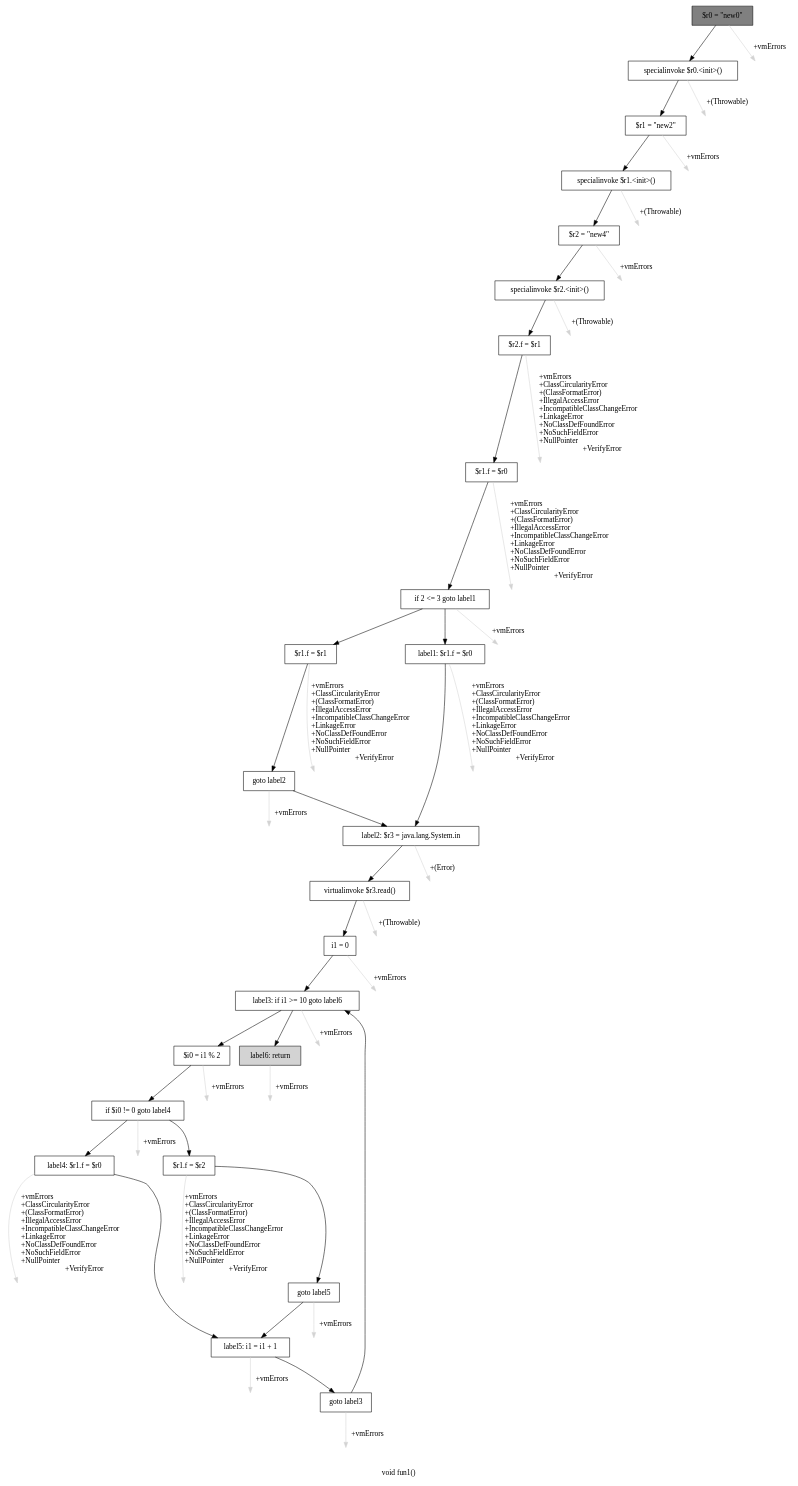
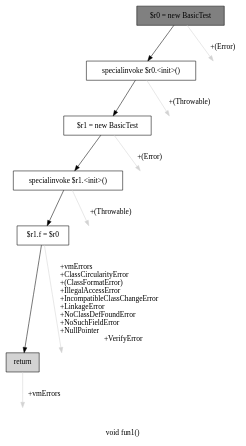
Before and after one commit to gourishankerJK/DeReference-Pointer-Analysis: the diagram in cfg.dot, drawn with Graphviz. The commit also changed 4 other files, not shown here.

```diff
--- a/cfg.dot
+++ b/cfg.dot
@@ -1,102 +1,27 @@
 digraph "void fun1()" {
     label="void fun1()";
     node [shape=box];
-    "0" [style=filled,fillcolor=gray,label="$r0 = \"new0\"",];
+    "0" [style=filled,fillcolor=gray,label="$r0 = new BasicTest",];
     "1" [label="specialinvoke $r0.<init>()",];
     "0"->"1" [color=black,];
-    "24" [style=invis,label="Esc",];
-    "0"->"24" [color=lightgray,label="\l+vmErrors",];
-    "2" [label="$r1 = \"new2\"",];
+    "6" [style=invis,label="Esc",];
+    "0"->"6" [color=lightgray,label="\l+(Error)",];
+    "2" [label="$r1 = new BasicTest",];
     "1"->"2" [color=black,];
-    "25" [style=invis,label="Esc",];
-    "1"->"25" [color=lightgray,label="\l+(Throwable)",];
+    "7" [style=invis,label="Esc",];
+    "1"->"7" [color=lightgray,label="\l+(Throwable)",];
     "3" [label="specialinvoke $r1.<init>()",];
     "2"->"3" [color=black,];
-    "26" [style=invis,label="Esc",];
-    "2"->"26" [color=lightgray,label="\l+vmErrors",];
-    "4" [label="$r2 = \"new4\"",];
+    "8" [style=invis,label="Esc",];
+    "2"->"8" [color=lightgray,label="\l+(Error)",];
+    "4" [label="$r1.f = $r0",];
     "3"->"4" [color=black,];
-    "27" [style=invis,label="Esc",];
-    "3"->"27" [color=lightgray,label="\l+(Throwable)",];
-    "5" [label="specialinvoke $r2.<init>()",];
+    "9" [style=invis,label="Esc",];
+    "3"->"9" [color=lightgray,label="\l+(Throwable)",];
+    "5" [style=filled,fillcolor=lightgray,label="return",];
     "4"->"5" [color=black,];
-    "28" [style=invis,label="Esc",];
-    "4"->"28" [color=lightgray,label="\l+vmErrors",];
-    "6" [label="$r2.f = $r1",];
-    "5"->"6" [color=black,];
-    "29" [style=invis,label="Esc",];
-    "5"->"29" [color=lightgray,label="\l+(Throwable)",];
-    "7" [label="$r1.f = $r0",];
-    "6"->"7" [color=black,];
-    "30" [style=invis,label="Esc",];
-    "6"->"30" [color=lightgray,label="\l+vmErrors\l+ClassCircularityError\l+(ClassFormatError)\l+IllegalAccessError\l+IncompatibleClassChangeError\l+LinkageError\l+NoClassDefFoundError\l+NoSuchFieldError\l+NullPointer\l+VerifyError",];
-    "8" [label="if 2 <= 3 goto label1",];
-    "7"->"8" [color=black,];
-    "31" [style=invis,label="Esc",];
-    "7"->"31" [color=lightgray,label="\l+vmErrors\l+ClassCircularityError\l+(ClassFormatError)\l+IllegalAccessError\l+IncompatibleClassChangeError\l+LinkageError\l+NoClassDefFoundError\l+NoSuchFieldError\l+NullPointer\l+VerifyError",];
-    "9" [label="$r1.f = $r1",];
-    "8"->"9" [color=black,];
-    "11" [label="label1: $r1.f = $r0",];
-    "8"->"11" [color=black,];
-    "32" [style=invis,label="Esc",];
-    "8"->"32" [color=lightgray,label="\l+vmErrors",];
-    "10" [label="goto label2",];
-    "9"->"10" [color=black,];
-    "33" [style=invis,label="Esc",];
-    "9"->"33" [color=lightgray,label="\l+vmErrors\l+ClassCircularityError\l+(ClassFormatError)\l+IllegalAccessError\l+IncompatibleClassChangeError\l+LinkageError\l+NoClassDefFoundError\l+NoSuchFieldError\l+NullPointer\l+VerifyError",];
-    "12" [label="label2: $r3 = java.lang.System.in",];
-    "10"->"12" [color=black,];
-    "34" [style=invis,label="Esc",];
-    "10"->"34" [color=lightgray,label="\l+vmErrors",];
-    "11"->"12" [color=black,];
-    "35" [style=invis,label="Esc",];
-    "11"->"35" [color=lightgray,label="\l+vmErrors\l+ClassCircularityError\l+(ClassFormatError)\l+IllegalAccessError\l+IncompatibleClassChangeError\l+LinkageError\l+NoClassDefFoundError\l+NoSuchFieldError\l+NullPointer\l+VerifyError",];
-    "13" [label="virtualinvoke $r3.read()",];
-    "12"->"13" [color=black,];
-    "36" [style=invis,label="Esc",];
-    "12"->"36" [color=lightgray,label="\l+(Error)",];
-    "14" [label="i1 = 0",];
-    "13"->"14" [color=black,];
-    "37" [style=invis,label="Esc",];
-    "13"->"37" [color=lightgray,label="\l+(Throwable)",];
-    "15" [label="label3: if i1 >= 10 goto label6",];
-    "14"->"15" [color=black,];
-    "38" [style=invis,label="Esc",];
-    "14"->"38" [color=lightgray,label="\l+vmErrors",];
-    "16" [label="$i0 = i1 % 2",];
-    "15"->"16" [color=black,];
-    "23" [style=filled,fillcolor=lightgray,label="label6: return",];
-    "15"->"23" [color=black,];
-    "39" [style=invis,label="Esc",];
-    "15"->"39" [color=lightgray,label="\l+vmErrors",];
-    "17" [label="if $i0 != 0 goto label4",];
-    "16"->"17" [color=black,];
-    "40" [style=invis,label="Esc",];
-    "16"->"40" [color=lightgray,label="\l+vmErrors",];
-    "18" [label="$r1.f = $r2",];
-    "17"->"18" [color=black,];
-    "20" [label="label4: $r1.f = $r0",];
-    "17"->"20" [color=black,];
-    "41" [style=invis,label="Esc",];
-    "17"->"41" [color=lightgray,label="\l+vmErrors",];
-    "19" [label="goto label5",];
-    "18"->"19" [color=black,];
-    "42" [style=invis,label="Esc",];
-    "18"->"42" [color=lightgray,label="\l+vmErrors\l+ClassCircularityError\l+(ClassFormatError)\l+IllegalAccessError\l+IncompatibleClassChangeError\l+LinkageError\l+NoClassDefFoundError\l+NoSuchFieldError\l+NullPointer\l+VerifyError",];
-    "21" [label="label5: i1 = i1 + 1",];
-    "19"->"21" [color=black,];
-    "43" [style=invis,label="Esc",];
-    "19"->"43" [color=lightgray,label="\l+vmErrors",];
-    "20"->"21" [color=black,];
-    "44" [style=invis,label="Esc",];
-    "20"->"44" [color=lightgray,label="\l+vmErrors\l+ClassCircularityError\l+(ClassFormatError)\l+IllegalAccessError\l+IncompatibleClassChangeError\l+LinkageError\l+NoClassDefFoundError\l+NoSuchFieldError\l+NullPointer\l+VerifyError",];
-    "22" [label="goto label3",];
-    "21"->"22" [color=black,];
-    "45" [style=invis,label="Esc",];
-    "21"->"45" [color=lightgray,label="\l+vmErrors",];
-    "22"->"15" [color=black,];
-    "46" [style=invis,label="Esc",];
-    "22"->"46" [color=lightgray,label="\l+vmErrors",];
-    "47" [style=invis,label="Esc",];
-    "23"->"47" [color=lightgray,label="\l+vmErrors",];
+    "10" [style=invis,label="Esc",];
+    "4"->"10" [color=lightgray,label="\l+vmErrors\l+ClassCircularityError\l+(ClassFormatError)\l+IllegalAccessError\l+IncompatibleClassChangeError\l+LinkageError\l+NoClassDefFoundError\l+NoSuchFieldError\l+NullPointer\l+VerifyError",];
+    "11" [style=invis,label="Esc",];
+    "5"->"11" [color=lightgray,label="\l+vmErrors",];
 }
```
